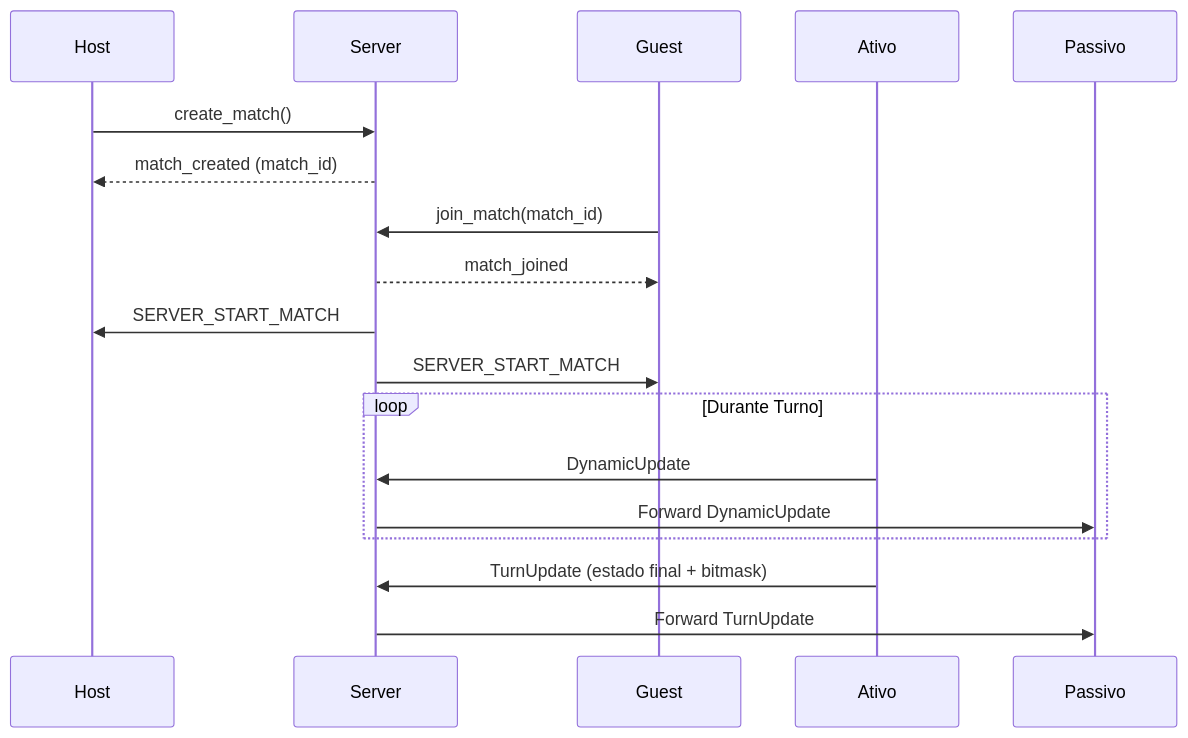
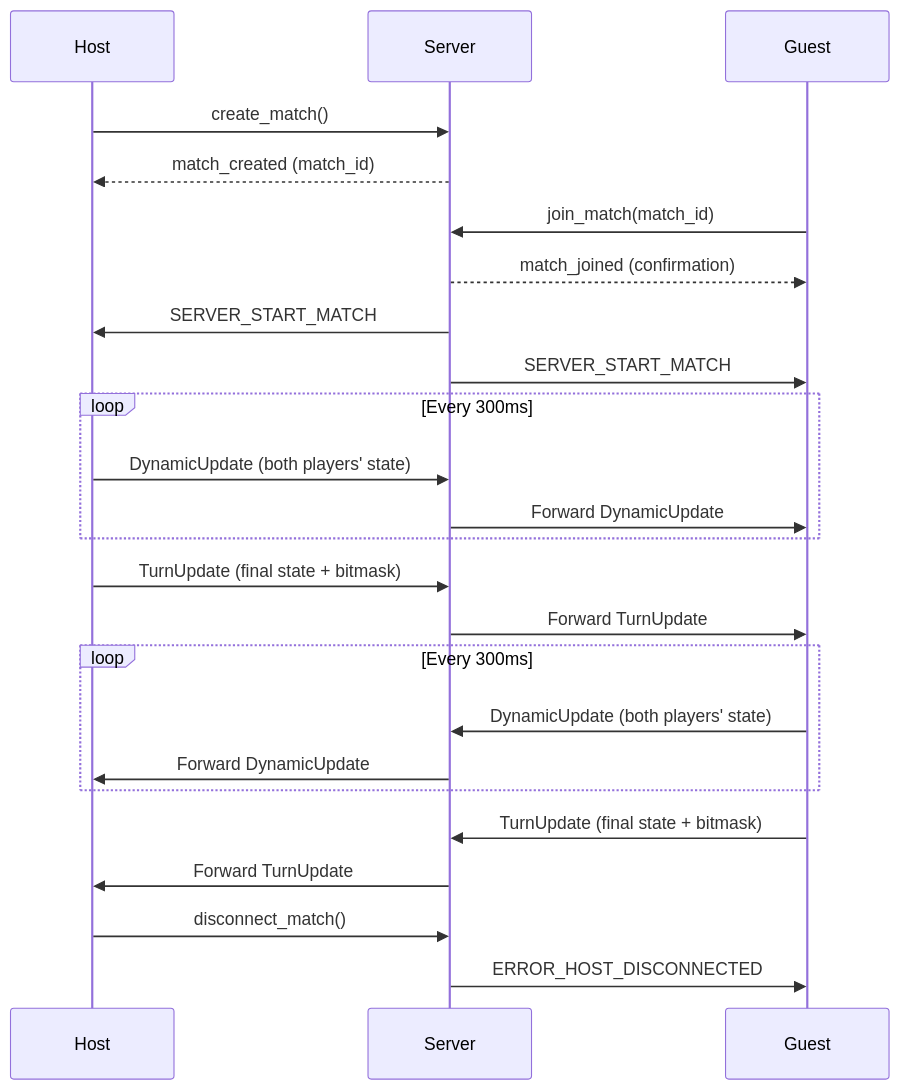
The first of 2 diagrams in README.md (zRafaF/tankinho), drawn with Mermaid before and after one commit. The commit also changed other lines of this file, not shown here.

````diff
--- a/README.md
+++ b/README.md
@@ -88,21 +78,38 @@
 ```mermaid
 sequenceDiagram
     participant Host
     participant Server
     participant Guest
 
+    %% Match Creation Phase
     Host->>Server: create_match()
     Server-->>Host: match_created (match_id)
+    
+    %% Guest Join Phase
     Guest->>Server: join_match(match_id)
-    Server-->>Guest: match_joined
+    Server-->>Guest: match_joined (confirmation)
     Server->>Host: SERVER_START_MATCH
     Server->>Guest: SERVER_START_MATCH
-
-    loop Durante Turno
-        Ativo->>Server: DynamicUpdate
-        Server->>Passivo: Forward DynamicUpdate
+    
+    %% Gameplay Phase (Host's Turn)
+    loop Every 300ms
+        Host->>Server: DynamicUpdate (both players' state)
+        Server->>Guest: Forward DynamicUpdate
     end
-
-    Ativo->>Server: TurnUpdate (estado final + bitmask)
-    Server->>Passivo: Forward TurnUpdate
+    
+    Host->>Server: TurnUpdate (final state + bitmask)
+    Server->>Guest: Forward TurnUpdate
+    
+    %% Gameplay Phase (Guest's Turn)
+    loop Every 300ms
+        Guest->>Server: DynamicUpdate (both players' state)
+        Server->>Host: Forward DynamicUpdate
+    end
+    
+    Guest->>Server: TurnUpdate (final state + bitmask)
+    Server->>Host: Forward TurnUpdate
+    
+    %% Disconnection Handling
+    Host->>Server: disconnect_match()
+    Server->>Guest: ERROR_HOST_DISCONNECTED
 ```
````
